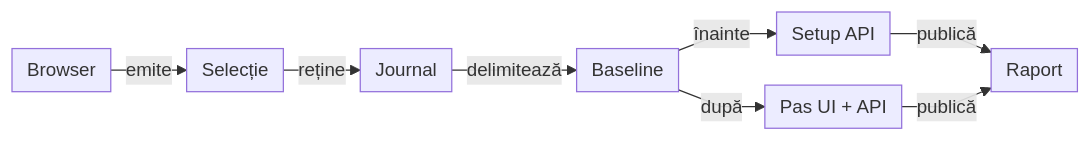
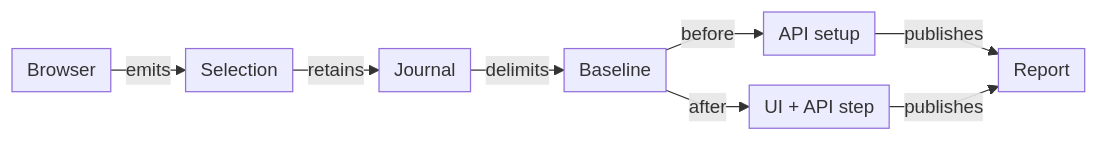
The fourth of 12 diagrams in docs/ATF_Architecture.md (crististefanita/atf_j1), drawn with Mermaid before and after one commit. The commit also changed other lines of this file and 83 other files, not shown here.

````diff
--- a/docs/ATF_Architecture.md
+++ b/docs/ATF_Architecture.md
@@ -312,11 +314,11 @@
 ```mermaid
 %%{init: {"themeVariables":{"fontSize":"15px"},"themeCSS":".nodeLabel, .nodeLabel p { font-size: 15px !important; line-height: 1.35 !important; } .edgeLabel, .edgeLabel p { font-size: 12px !important; font-weight: 400 !important; line-height: 1.2 !important; } .edgeLabel .labelBkg, .edgeLabel p { background: transparent !important; } .edgeLabel foreignObject { transform: translateY(-18px); overflow: visible; } .node rect { rx: 6px; ry: 6px; }","flowchart":{"curve":"linear","nodeSpacing":24,"rankSpacing":24,"padding":6,"diagramPadding":20}}}%%
 flowchart LR
-    Browser["Browser"] -->|emite| Select["Selecție"]
-    Select -->|reține| Journal["Journal"]
-    Journal -->|delimitează| Baseline["Baseline"]
-    Baseline -->|înainte| Setup["Setup API"]
-    Baseline -->|după| Step["Pas UI + API"]
-    Setup -->|publică| Report["Raport"]
-    Step -->|publică| Report
+    Browser["Browser"] -->|emits| Select["Selection"]
+    Select -->|retains| Journal["Journal"]
+    Journal -->|delimits| Baseline["Baseline"]
+    Baseline -->|before| Setup["API setup"]
+    Baseline -->|after| Step["UI + API step"]
+    Setup -->|publishes| Report["Report"]
+    Step -->|publishes| Report
 ```
````
